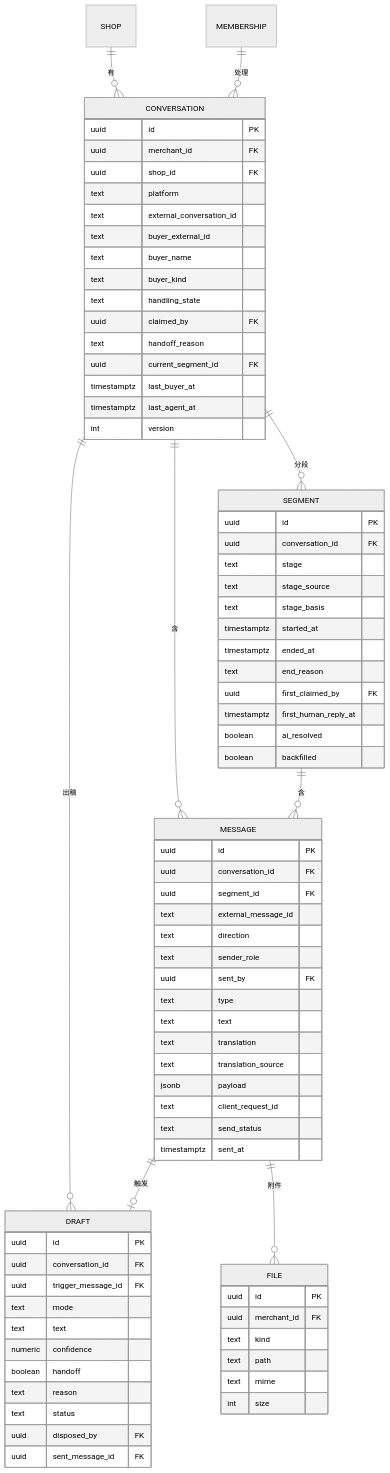
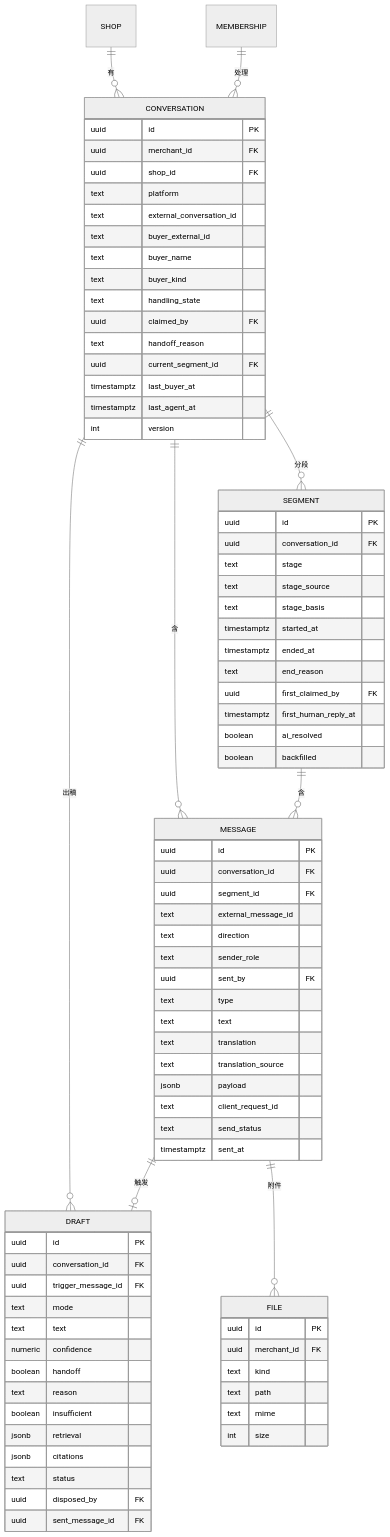
The fourth of 30 diagrams in docs/DESIGN.md (Bearisbug/shopilot), drawn with Mermaid (neutral theme) before and after one commit. The commit also changed other lines of this file, not shown here.

```diff
--- a/docs/DESIGN.md
+++ b/docs/DESIGN.md
@@ -508,6 +990,9 @@
     numeric confidence
     boolean handoff
     text reason
+    boolean insufficient
+    jsonb retrieval
+    jsonb citations
     text status
     uuid disposed_by FK
     uuid sent_message_id FK
```
